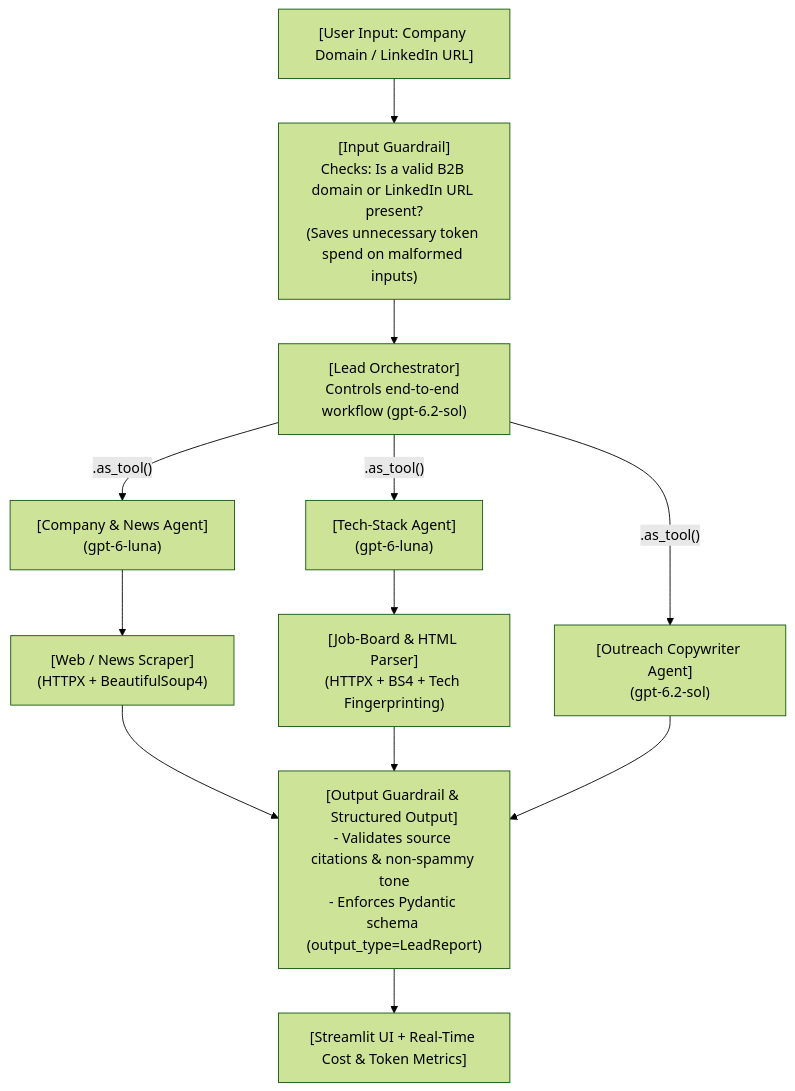
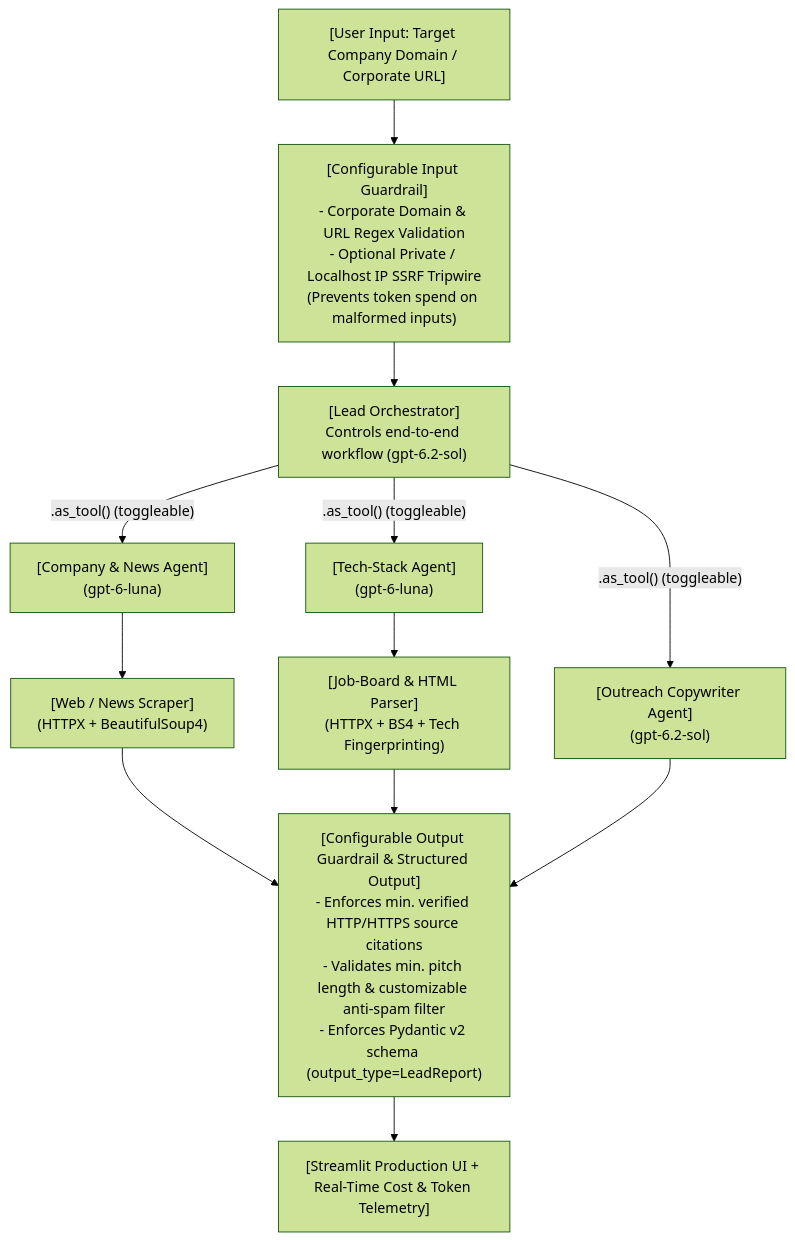
The diagram in README.md (MartinsRepo/B2B-Lead-Intelligence-Outreach-Agent), drawn with Mermaid (forest theme) before and after one commit. The commit also changed other lines of this file and 10 other files, not shown here.

````diff
--- a/README.md
+++ b/README.md
@@ -24,18 +24,18 @@
 ```mermaid
 flowchart TD
-    INPUT["[User Input: Company Domain / LinkedIn URL]"] --> IG["[Input Guardrail]<br/>Checks: Is a valid B2B domain or LinkedIn URL present?<br/>(Saves unnecessary token spend on malformed inputs)"]
+    INPUT["[User Input: Target Company Domain / Corporate URL]"] --> IG["[Configurable Input Guardrail]<br/>- Corporate Domain & URL Regex Validation<br/>- Optional Private / Localhost IP SSRF Tripwire<br/>(Prevents token spend on malformed inputs)"]
     IG --> ORCH["[Lead Orchestrator]<br/>Controls end-to-end workflow (gpt-6.2-sol)"]
 
-    ORCH -->|".as_tool()"| CNA["[Company & News Agent]<br/>(gpt-6-luna)"]
-    ORCH -->|".as_tool()"| TSA["[Tech-Stack Agent]<br/>(gpt-6-luna)"]
-    ORCH -->|".as_tool()"| OCA["[Outreach Copywriter Agent]<br/>(gpt-6.2-sol)"]
+    ORCH -->|".as_tool() (toggleable)"| CNA["[Company & News Agent]<br/>(gpt-6-luna)"]
+    ORCH -->|".as_tool() (toggleable)"| TSA["[Tech-Stack Agent]<br/>(gpt-6-luna)"]
+    ORCH -->|".as_tool() (toggleable)"| OCA["[Outreach Copywriter Agent]<br/>(gpt-6.2-sol)"]
 
     CNA --> WNS["[Web / News Scraper]<br/>(HTTPX + BeautifulSoup4)"]
     TSA --> JBP["[Job-Board & HTML Parser]<br/>(HTTPX + BS4 + Tech Fingerprinting)"]
 
-    WNS --> OG["[Output Guardrail & Structured Output]<br/>- Validates source citations & non-spammy tone<br/>- Enforces Pydantic schema (output_type=LeadReport)"]
+    WNS --> OG["[Configurable Output Guardrail & Structured Output]<br/>- Enforces min. verified HTTP/HTTPS source citations<br/>- Validates min. pitch length & customizable anti-spam filter<br/>- Enforces Pydantic v2 schema (output_type=LeadReport)"]
     JBP --> OG
     OCA --> OG
 
-    OG --> UI["[Streamlit UI + Real-Time Cost & Token Metrics]"]
+    OG --> UI["[Streamlit Production UI + Real-Time Cost & Token Telemetry]"]
 ```
````
